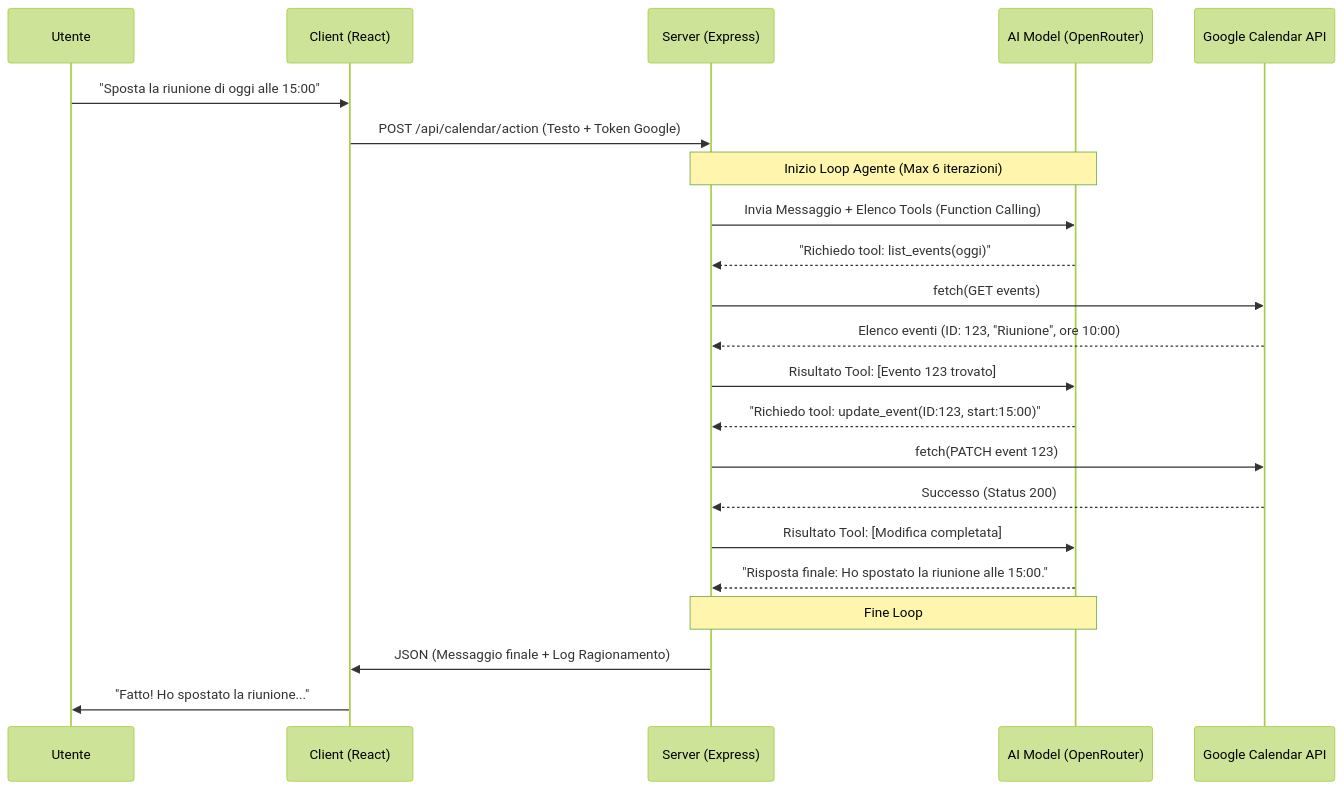
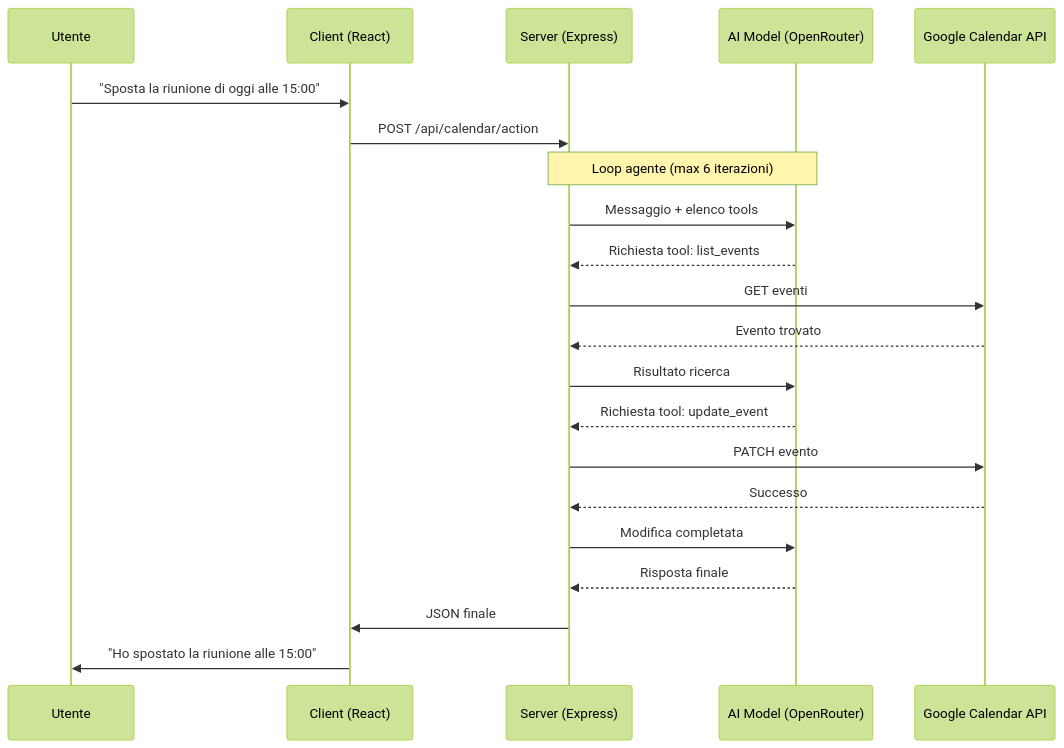
The diagram in docs/08_calendario.md (paparesta-007/progetto-maturita), drawn with Mermaid (forest theme) before and after one commit. The commit also changed other lines of this file and 33 other files, not shown here.

Commit message:
docs: refine architecture documentation, improve sidebar dark mode, and reorganize project support files

````diff
--- a/docs/08_calendario.md
+++ b/docs/08_calendario.md
@@ -27,33 +44,31 @@
 ```mermaid
 sequenceDiagram
     participant U as Utente
     participant C as Client (React)
     participant S as Server (Express)
     participant AI as AI Model (OpenRouter)
     participant G as Google Calendar API
 
     U->>C: "Sposta la riunione di oggi alle 15:00"
-    C->>S: POST /api/calendar/action (Testo + Token Google)
+    C->>S: POST /api/calendar/action
     
-    Note over S,AI: Inizio Loop Agente (Max 6 iterazioni)
+    Note over S,AI: Loop agente (max 6 iterazioni)
     
-    S->>AI: Invia Messaggio + Elenco Tools (Function Calling)
-    AI-->>S: "Richiedo tool: list_events(oggi)"
+    S->>AI: Messaggio + elenco tools
+    AI-->>S: Richiesta tool: list_events
     
-    S->>G: fetch(GET events)
-    G-->>S: Elenco eventi (ID: 123, "Riunione", ore 10:00)
+    S->>G: GET eventi
+    G-->>S: Evento trovato
     
-    S->>AI: Risultato Tool: [Evento 123 trovato]
-    AI-->>S: "Richiedo tool: update_event(ID:123, start:15:00)"
+    S->>AI: Risultato ricerca
+    AI-->>S: Richiesta tool: update_event
     
-    S->>G: fetch(PATCH event 123)
-    G-->>S: Successo (Status 200)
+    S->>G: PATCH evento
+    G-->>S: Successo
     
-    S->>AI: Risultato Tool: [Modifica completata]
-    AI-->>S: "Risposta finale: Ho spostato la riunione alle 15:00."
+    S->>AI: Modifica completata
+    AI-->>S: Risposta finale
     
-    Note over S,AI: Fine Loop
-    
-    S->>C: JSON (Messaggio finale + Log Ragionamento)
-    C->>U: "Fatto! Ho spostato la riunione..."
+    S->>C: JSON finale
+    C->>U: "Ho spostato la riunione alle 15:00"
 ```
````
